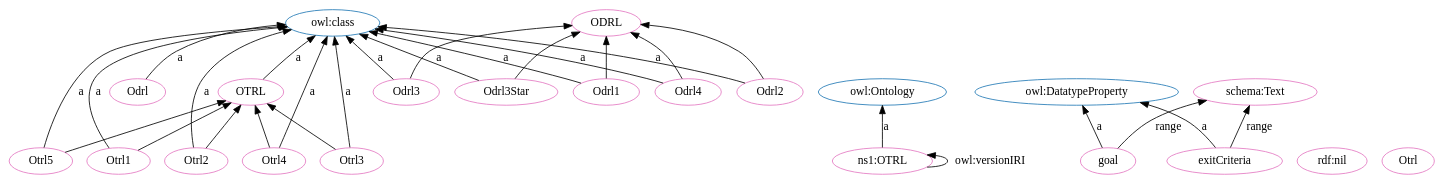
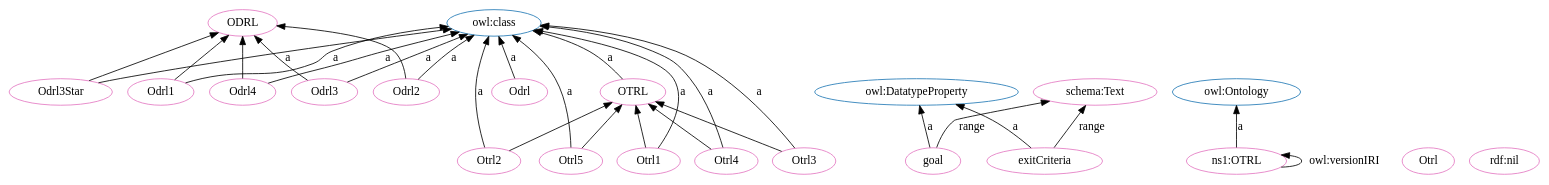
Before and after one commit to OPEN-NEXT/OKH-LOSH: the diagram in OTRL.dot, drawn with Graphviz. The commit also changed other lines of this file and 15 other files, not shown here.

```diff
--- a/OTRL.dot
+++ b/OTRL.dot
@@ -1,56 +1,56 @@
 digraph G {
   rankdir=BT
   node[height=.3]
+"http://purl.org/oseg/ontologies/OTRL#ODRL" [fillcolor="#1f77b4" color="#1f77b4" label="ODRL"]
+"http://www.w3.org/2002/07/owl#DatatypeProperty" [fillcolor="#1f77b4" color="#1f77b4" label="owl:DatatypeProperty"]
+"http://www.w3.org/2002/07/owl#Ontology" [fillcolor="#1f77b4" color="#1f77b4" label="owl:Ontology"]
 "http://purl.org/oseg/ontologies/OTRL#OTRL" [fillcolor="#1f77b4" color="#1f77b4" label="OTRL"]
 "http://www.w3.org/2002/07/owl#class" [fillcolor="#1f77b4" color="#1f77b4" label="owl:class"]
-"http://purl.org/oseg/ontologies/OTRL#ODRL" [fillcolor="#1f77b4" color="#1f77b4" label="ODRL"]
-"http://www.w3.org/2002/07/owl#Ontology" [fillcolor="#1f77b4" color="#1f77b4" label="owl:Ontology"]
-"http://www.w3.org/2002/07/owl#DatatypeProperty" [fillcolor="#1f77b4" color="#1f77b4" label="owl:DatatypeProperty"]
+"http://purl.org/oseg/ontologies/OTRL#OTRL" [fillcolor="#e377c2" color="#e377c2" label="OTRL"]
+"http://purl.org/oseg/ontologies/OTRL#Otrl" [fillcolor="#e377c2" color="#e377c2" label="Otrl"]
+"http://www.w3.org/1999/02/22-rdf-syntax-ns#nil" [fillcolor="#e377c2" color="#e377c2" label="rdf:nil"]
 "http://purl.org/oseg/ontologies/OTRL#Otrl3" [fillcolor="#e377c2" color="#e377c2" label="Otrl3"]
+"http://purl.org/oseg/ontologies/OTRL#Odrl3" [fillcolor="#e377c2" color="#e377c2" label="Odrl3"]
+"http://purl.org/oseg/ontologies/OTRL#ODRL" [fillcolor="#e377c2" color="#e377c2" label="ODRL"]
+"http://purl.org/oseg/ontologies/OTRL#Odrl2" [fillcolor="#e377c2" color="#e377c2" label="Odrl2"]
+"http://schema.org/Text" [fillcolor="#e377c2" color="#e377c2" label="schema:Text"]
+"http://purl.org/oseg/ontologies/OTRL#Otrl1" [fillcolor="#e377c2" color="#e377c2" label="Otrl1"]
+"http://purl.org/oseg/ontologies/OTRL" [fillcolor="#e377c2" color="#e377c2" label="ns1:OTRL"]
+"http://purl.org/oseg/ontologies/OTRL#goal" [fillcolor="#e377c2" color="#e377c2" label="goal"]
+"http://purl.org/oseg/ontologies/OTRL#Odrl4" [fillcolor="#e377c2" color="#e377c2" label="Odrl4"]
 "http://purl.org/oseg/ontologies/OTRL#Odrl" [fillcolor="#e377c2" color="#e377c2" label="Odrl"]
-"http://purl.org/oseg/ontologies/OTRL#OTRL" [fillcolor="#e377c2" color="#e377c2" label="OTRL"]
-"http://schema.org/Text" [fillcolor="#e377c2" color="#e377c2" label="schema:Text"]
-"http://purl.org/oseg/ontologies/OTRL" [fillcolor="#e377c2" color="#e377c2" label="ns1:OTRL"]
-"http://purl.org/oseg/ontologies/OTRL#Odrl4" [fillcolor="#e377c2" color="#e377c2" label="Odrl4"]
-"http://purl.org/oseg/ontologies/OTRL#goal" [fillcolor="#e377c2" color="#e377c2" label="goal"]
-"http://purl.org/oseg/ontologies/OTRL#ODRL" [fillcolor="#e377c2" color="#e377c2" label="ODRL"]
+"http://purl.org/oseg/ontologies/OTRL#Odrl1" [fillcolor="#e377c2" color="#e377c2" label="Odrl1"]
+"http://purl.org/oseg/ontologies/OTRL#exitCriteria" [fillcolor="#e377c2" color="#e377c2" label="exitCriteria"]
+"http://purl.org/oseg/ontologies/OTRL#Otrl2" [fillcolor="#e377c2" color="#e377c2" label="Otrl2"]
+"http://purl.org/oseg/ontologies/OTRL#Otrl4" [fillcolor="#e377c2" color="#e377c2" label="Otrl4"]
 "http://purl.org/oseg/ontologies/OTRL#Odrl3Star" [fillcolor="#e377c2" color="#e377c2" label="Odrl3Star"]
-"http://www.w3.org/1999/02/22-rdf-syntax-ns#nil" [fillcolor="#e377c2" color="#e377c2" label="rdf:nil"]
 "http://purl.org/oseg/ontologies/OTRL#Otrl5" [fillcolor="#e377c2" color="#e377c2" label="Otrl5"]
-"http://purl.org/oseg/ontologies/OTRL#Otrl" [fillcolor="#e377c2" color="#e377c2" label="Otrl"]
-"http://purl.org/oseg/ontologies/OTRL#Odrl3" [fillcolor="#e377c2" color="#e377c2" label="Odrl3"]
-"http://purl.org/oseg/ontologies/OTRL#Otrl2" [fillcolor="#e377c2" color="#e377c2" label="Otrl2"]
-"http://purl.org/oseg/ontologies/OTRL#exitCriteria" [fillcolor="#e377c2" color="#e377c2" label="exitCriteria"]
-"http://purl.org/oseg/ontologies/OTRL#Odrl1" [fillcolor="#e377c2" color="#e377c2" label="Odrl1"]
-"http://purl.org/oseg/ontologies/OTRL#Otrl1" [fillcolor="#e377c2" color="#e377c2" label="Otrl1"]
-"http://purl.org/oseg/ontologies/OTRL#Odrl2" [fillcolor="#e377c2" color="#e377c2" label="Odrl2"]
-"http://purl.org/oseg/ontologies/OTRL#Otrl4" [fillcolor="#e377c2" color="#e377c2" label="Otrl4"]
+  "http://purl.org/oseg/ontologies/OTRL#Odrl3" -> "http://www.w3.org/2002/07/owl#class" [label="a"]
+  "http://purl.org/oseg/ontologies/OTRL#Odrl2" -> "http://www.w3.org/2002/07/owl#class" [label="a"]
+  "http://purl.org/oseg/ontologies/OTRL" -> "http://purl.org/oseg/ontologies/OTRL" [label="owl:versionIRI"]
+  "http://purl.org/oseg/ontologies/OTRL#goal" -> "http://www.w3.org/2002/07/owl#DatatypeProperty" [label="a"]
+  "http://purl.org/oseg/ontologies/OTRL#Otrl4" -> "http://purl.org/oseg/ontologies/OTRL#OTRL" [label=""]
+  "http://purl.org/oseg/ontologies/OTRL#Odrl3" -> "http://purl.org/oseg/ontologies/OTRL#ODRL" [label=""]
+  "http://purl.org/oseg/ontologies/OTRL#Odrl1" -> "http://purl.org/oseg/ontologies/OTRL#ODRL" [label=""]
+  "http://purl.org/oseg/ontologies/OTRL#Odrl" -> "http://www.w3.org/2002/07/owl#class" [label="a"]
+  "http://purl.org/oseg/ontologies/OTRL#Odrl4" -> "http://purl.org/oseg/ontologies/OTRL#ODRL" [label=""]
+  "http://purl.org/oseg/ontologies/OTRL#Otrl1" -> "http://purl.org/oseg/ontologies/OTRL#OTRL" [label=""]
+  "http://purl.org/oseg/ontologies/OTRL#goal" -> "http://schema.org/Text" [label="range"]
+  "http://purl.org/oseg/ontologies/OTRL#exitCriteria" -> "http://www.w3.org/2002/07/owl#DatatypeProperty" [label="a"]
+  "http://purl.org/oseg/ontologies/OTRL#Odrl2" -> "http://purl.org/oseg/ontologies/OTRL#ODRL" [label=""]
+  "http://purl.org/oseg/ontologies/OTRL#Otrl5" -> "http://purl.org/oseg/ontologies/OTRL#OTRL" [label=""]
+  "http://purl.org/oseg/ontologies/OTRL#Otrl5" -> "http://www.w3.org/2002/07/owl#class" [label="a"]
+  "http://purl.org/oseg/ontologies/OTRL#Otrl3" -> "http://purl.org/oseg/ontologies/OTRL#OTRL" [label=""]
+  "http://purl.org/oseg/ontologies/OTRL#Otrl3" -> "http://www.w3.org/2002/07/owl#class" [label="a"]
+  "http://purl.org/oseg/ontologies/OTRL#Odrl3Star" -> "http://purl.org/oseg/ontologies/OTRL#ODRL" [label=""]
+  "http://purl.org/oseg/ontologies/OTRL#exitCriteria" -> "http://schema.org/Text" [label="range"]
+  "http://purl.org/oseg/ontologies/OTRL#Otrl1" -> "http://www.w3.org/2002/07/owl#class" [label="a"]
+  "http://purl.org/oseg/ontologies/OTRL#Odrl4" -> "http://www.w3.org/2002/07/owl#class" [label="a"]
   "http://purl.org/oseg/ontologies/OTRL#OTRL" -> "http://www.w3.org/2002/07/owl#class" [label="a"]
-  "http://purl.org/oseg/ontologies/OTRL#goal" -> "http://schema.org/Text" [label="range"]
-  "http://purl.org/oseg/ontologies/OTRL#goal" -> "http://www.w3.org/2002/07/owl#DatatypeProperty" [label="a"]
-  "http://purl.org/oseg/ontologies/OTRL#Odrl" -> "http://www.w3.org/2002/07/owl#class" [label="a"]
-  "http://purl.org/oseg/ontologies/OTRL#Odrl3" -> "http://purl.org/oseg/ontologies/OTRL#ODRL" [label=""]
+  "http://purl.org/oseg/ontologies/OTRL" -> "http://www.w3.org/2002/07/owl#Ontology" [label="a"]
+  "http://purl.org/oseg/ontologies/OTRL#Odrl1" -> "http://www.w3.org/2002/07/owl#class" [label="a"]
   "http://purl.org/oseg/ontologies/OTRL#Otrl2" -> "http://purl.org/oseg/ontologies/OTRL#OTRL" [label=""]
-  "http://purl.org/oseg/ontologies/OTRL#Otrl1" -> "http://purl.org/oseg/ontologies/OTRL#OTRL" [label=""]
-  "http://purl.org/oseg/ontologies/OTRL#Odrl1" -> "http://purl.org/oseg/ontologies/OTRL#ODRL" [label=""]
-  "http://purl.org/oseg/ontologies/OTRL#Otrl4" -> "http://purl.org/oseg/ontologies/OTRL#OTRL" [label=""]
-  "http://purl.org/oseg/ontologies/OTRL#exitCriteria" -> "http://schema.org/Text" [label="range"]
-  "http://purl.org/oseg/ontologies/OTRL#exitCriteria" -> "http://www.w3.org/2002/07/owl#DatatypeProperty" [label="a"]
-  "http://purl.org/oseg/ontologies/OTRL#Otrl3" -> "http://www.w3.org/2002/07/owl#class" [label="a"]
-  "http://purl.org/oseg/ontologies/OTRL" -> "http://www.w3.org/2002/07/owl#Ontology" [label="a"]
-  "http://purl.org/oseg/ontologies/OTRL#Odrl4" -> "http://www.w3.org/2002/07/owl#class" [label="a"]
+  "http://purl.org/oseg/ontologies/OTRL#Otrl2" -> "http://www.w3.org/2002/07/owl#class" [label="a"]
+  "http://purl.org/oseg/ontologies/OTRL#Otrl4" -> "http://www.w3.org/2002/07/owl#class" [label="a"]
   "http://purl.org/oseg/ontologies/OTRL#Odrl3Star" -> "http://www.w3.org/2002/07/owl#class" [label="a"]
-  "http://purl.org/oseg/ontologies/OTRL#Odrl3Star" -> "http://purl.org/oseg/ontologies/OTRL#ODRL" [label=""]
-  "http://purl.org/oseg/ontologies/OTRL#Otrl5" -> "http://www.w3.org/2002/07/owl#class" [label="a"]
-  "http://purl.org/oseg/ontologies/OTRL#Otrl5" -> "http://purl.org/oseg/ontologies/OTRL#OTRL" [label=""]
-  "http://purl.org/oseg/ontologies/OTRL#Otrl3" -> "http://purl.org/oseg/ontologies/OTRL#OTRL" [label=""]
-  "http://purl.org/oseg/ontologies/OTRL#Otrl4" -> "http://www.w3.org/2002/07/owl#class" [label="a"]
-  "http://purl.org/oseg/ontologies/OTRL#Odrl3" -> "http://www.w3.org/2002/07/owl#class" [label="a"]
-  "http://purl.org/oseg/ontologies/OTRL#Otrl2" -> "http://www.w3.org/2002/07/owl#class" [label="a"]
-  "http://purl.org/oseg/ontologies/OTRL#Odrl4" -> "http://purl.org/oseg/ontologies/OTRL#ODRL" [label=""]
-  "http://purl.org/oseg/ontologies/OTRL" -> "http://purl.org/oseg/ontologies/OTRL" [label="owl:versionIRI"]
-  "http://purl.org/oseg/ontologies/OTRL#Odrl2" -> "http://purl.org/oseg/ontologies/OTRL#ODRL" [label=""]
-  "http://purl.org/oseg/ontologies/OTRL#Odrl1" -> "http://www.w3.org/2002/07/owl#class" [label="a"]
-  "http://purl.org/oseg/ontologies/OTRL#Odrl2" -> "http://www.w3.org/2002/07/owl#class" [label="a"]
-  "http://purl.org/oseg/ontologies/OTRL#Otrl1" -> "http://www.w3.org/2002/07/owl#class" [label="a"]
 }
```
